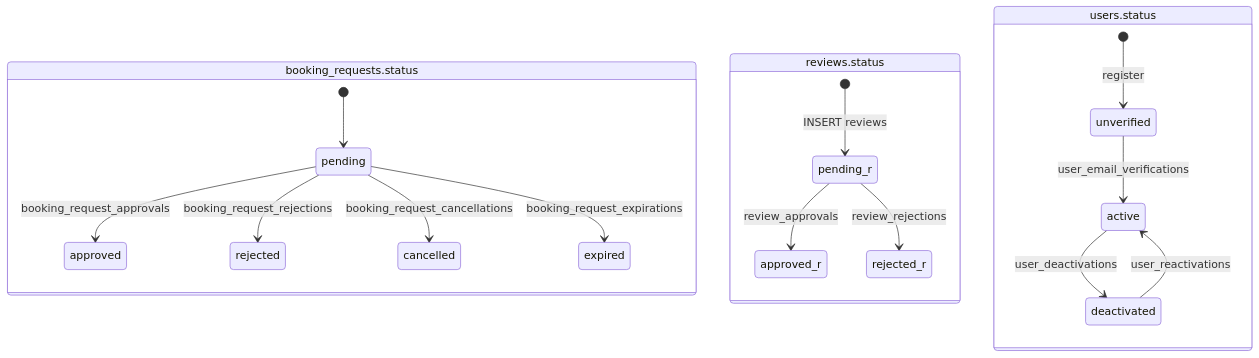
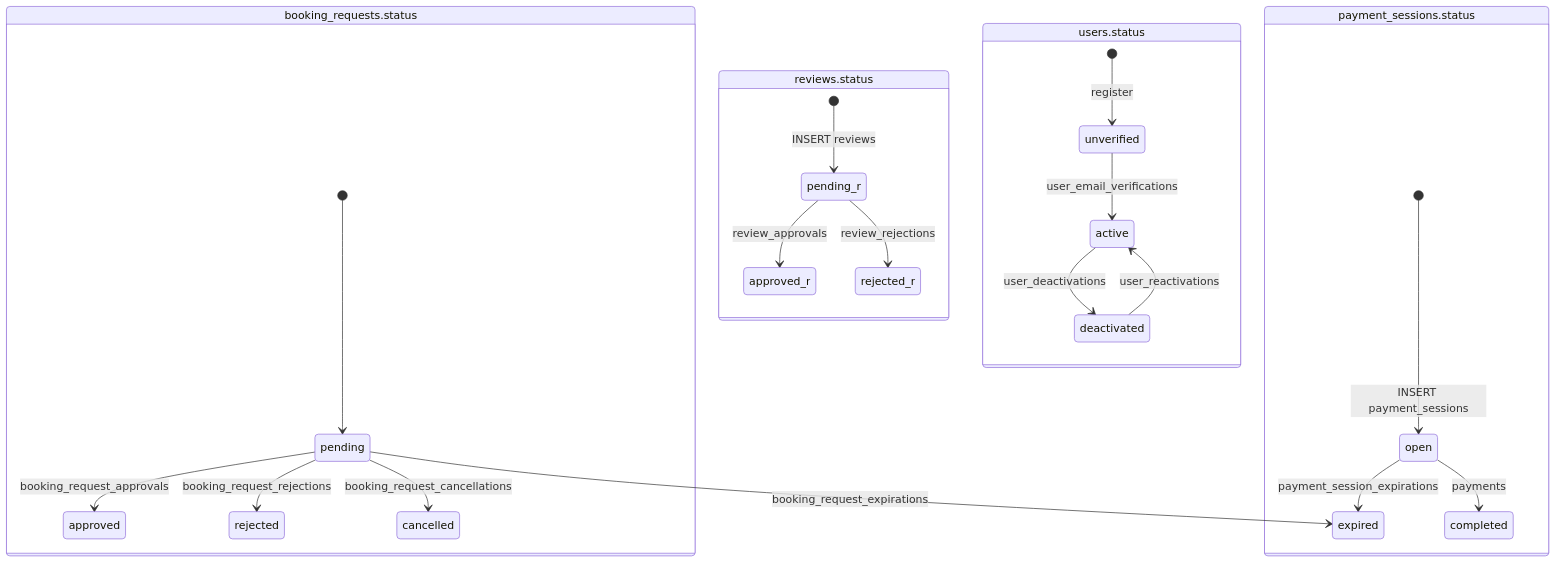
Before and after one commit to ducnt-0269/hotel-management-api: the second of 2 diagrams in project/03_basic-design/system-design/database-design.md, drawn with Mermaid. The commit also changed other lines of this file and 2 other files, not shown here.

````diff
--- a/project/03_basic-design/system-design/database-design.md
+++ b/project/03_basic-design/system-design/database-design.md
@@ -175,21 +191,26 @@
 ```mermaid
 stateDiagram-v2
     state "booking_requests.status" as BR {
         [*] --> pending
         pending --> approved : booking_request_approvals
         pending --> rejected : booking_request_rejections
         pending --> cancelled : booking_request_cancellations
         pending --> expired : booking_request_expirations
     }
     state "reviews.status" as RV {
         [*] --> pending_r : INSERT reviews
         pending_r --> approved_r : review_approvals
         pending_r --> rejected_r : review_rejections
     }
+    state "payment_sessions.status" as PS {
+        [*] --> open : INSERT payment_sessions
+        open --> completed : payments
+        open --> expired : payment_session_expirations
+    }
     state "users.status" as US {
         [*] --> unverified : register
         unverified --> active : user_email_verifications
         active --> deactivated : user_deactivations
         deactivated --> active : user_reactivations
     }
 ```
````
